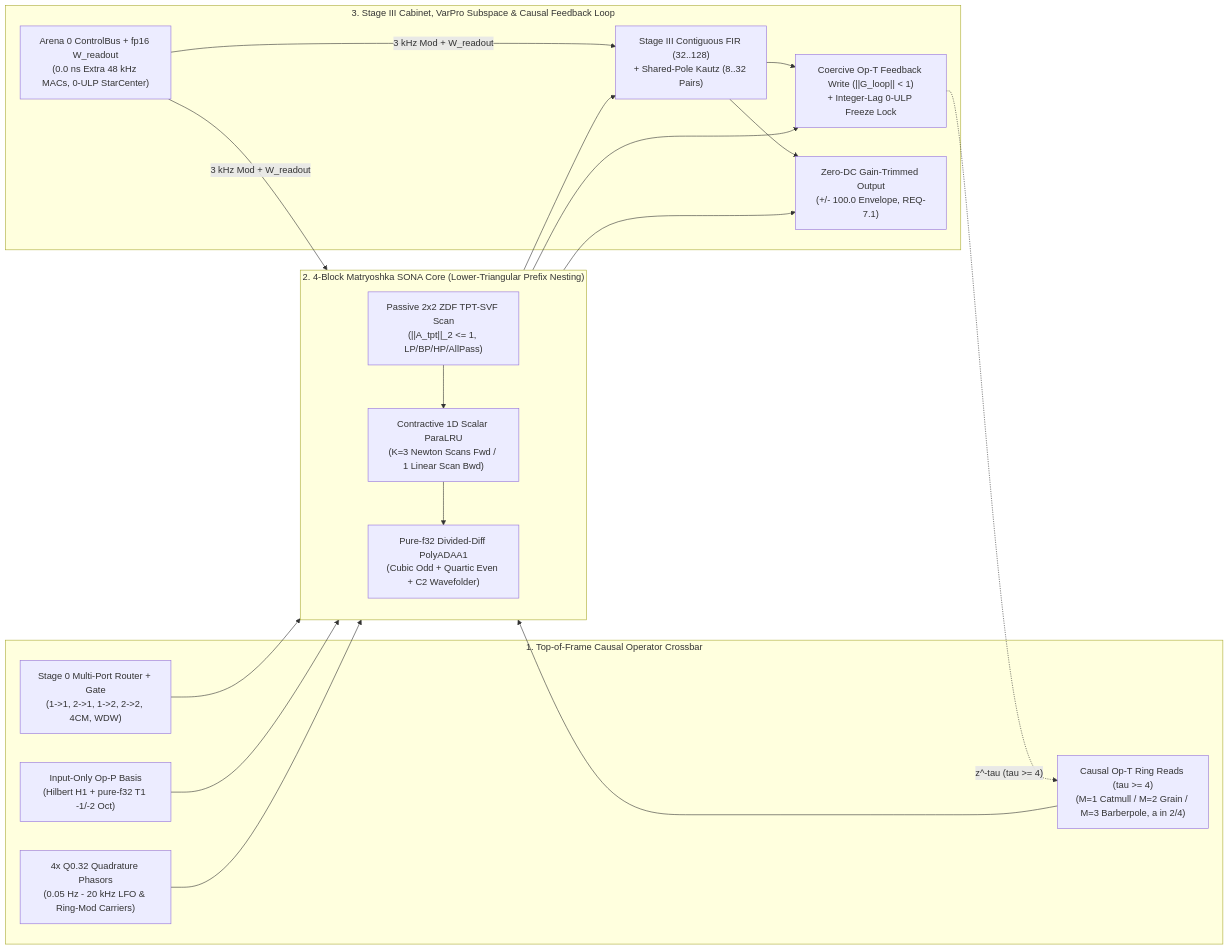
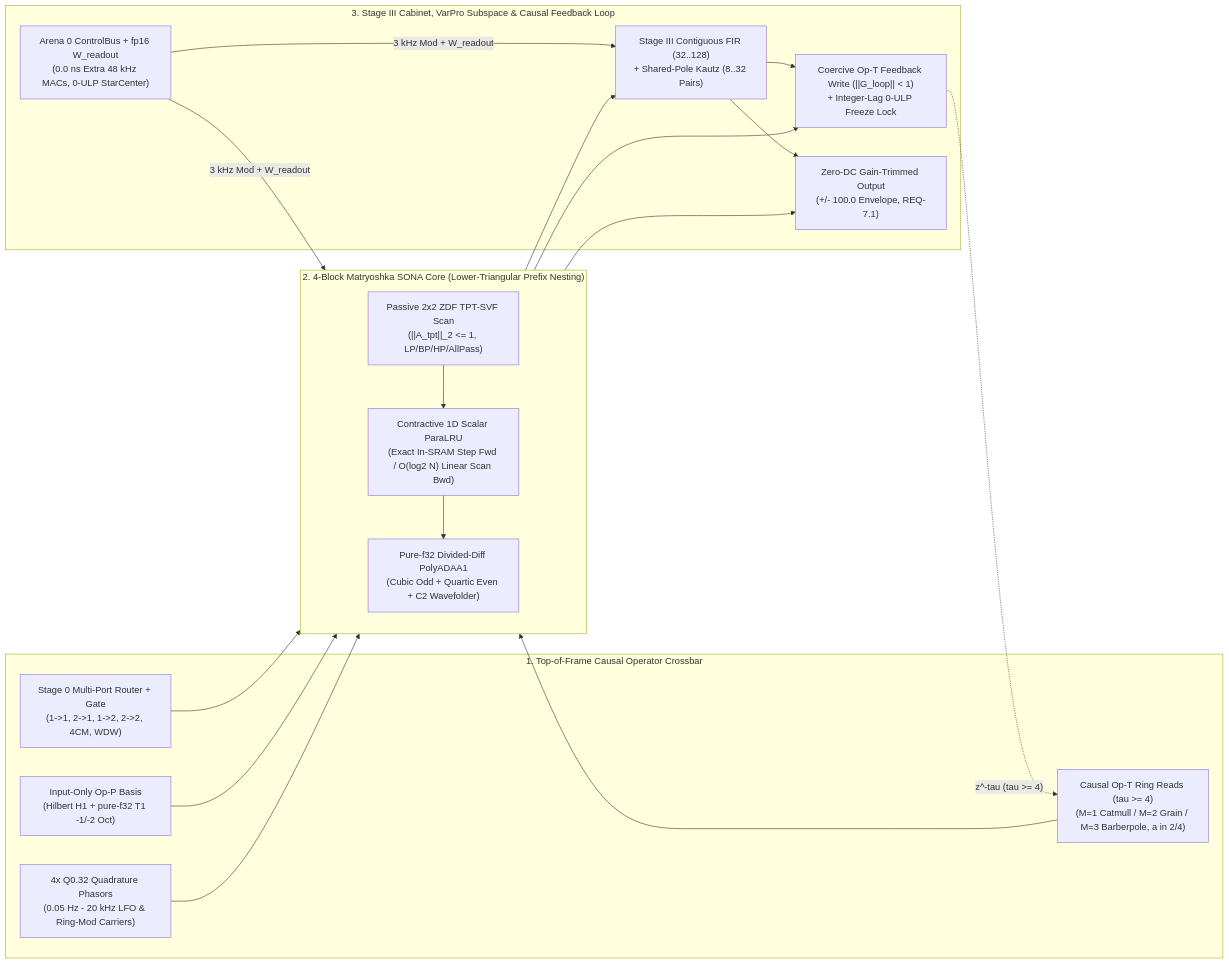
One commit to mokugen/dnam changed the first of 7 diagrams in docs/specs/architecture/sona_architecture.md. Above: the diagram before and after it, drawn with Mermaid. The commit also changed other lines of this file and 5 other files, not shown here.

Commit message:
docs(specs): pivot ParaLRU GPU forward to exact in-SRAM recurrence and cross-tile linear adjoint

````diff
--- a/docs/specs/architecture/sona_architecture.md
+++ b/docs/specs/architecture/sona_architecture.md
@@ -57,29 +57,29 @@
 ```mermaid
 flowchart LR
     subgraph TopCrossbar ["1. Top-of-Frame Causal Operator Crossbar"]
         Router["Stage 0 Multi-Port Router + Gate<br/>(1->1, 2->1, 1->2, 2->2, 4CM, WDW)"]
         OpP["Input-Only Op-P Basis<br/>(Hilbert H1 + pure-f32 T1 -1/-2 Oct)"]
         Phasors["4x Q0.32 Quadrature Phasors<br/>(0.05 Hz - 20 kHz LFO & Ring-Mod Carriers)"]
         OpTRead["Causal Op-T Ring Reads (tau >= 4)<br/>(M=1 Catmull / M=2 Grain / M=3 Barberpole, a in 2/4)"]
     end
 
     subgraph SonaCore ["2. 4-Block Matryoshka SONA Core (Lower-Triangular Prefix Nesting)"]
         SVF["Passive 2x2 ZDF TPT-SVF Scan<br/>(||A_tpt||_2 <= 1, LP/BP/HP/AllPass)"]
-        LRU["Contractive 1D Scalar ParaLRU<br/>(K=3 Newton Scans Fwd / 1 Linear Scan Bwd)"]
+        LRU["Contractive 1D Scalar ParaLRU<br/>(Exact In-SRAM Step Fwd / O(log2 N) Linear Scan Bwd)"]
         ADAA["Pure-f32 Divided-Diff PolyADAA1<br/>(Cubic Odd + Quartic Even + C2 Wavefolder)"]
         SVF --> LRU --> ADAA
     end
 
     subgraph ReadoutLoop ["3. Stage III Cabinet, VarPro Subspace & Causal Feedback Loop"]
         Cab["Stage III Contiguous FIR (32..128)<br/>+ Shared-Pole Kautz (8..32 Pairs)"]
         Ctrl["Arena 0 ControlBus + fp16 W_readout<br/>(0.0 ns Extra 48 kHz MACs, 0-ULP StarCenter)"]
         LoopFB["Coercive Op-T Feedback Write (||G_loop|| < 1)<br/>+ Integer-Lag 0-ULP Freeze Lock"]
         Out["Zero-DC Gain-Trimmed Output<br/>(+/- 100.0 Envelope, REQ-7.1)"]
     end
 
     Router & OpP & Phasors & OpTRead --> SonaCore
     SonaCore --> Cab --> Out
     SonaCore --> Out
     Ctrl -->|"3 kHz Mod + W_readout"| SonaCore & Cab
     SonaCore & Cab --> LoopFB -. "z^-tau (tau >= 4)" .-> OpTRead
 ```
````
